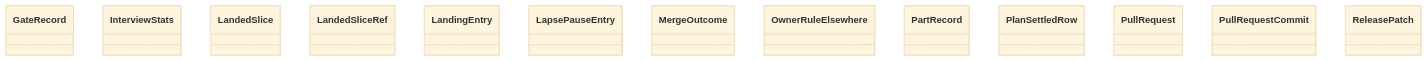
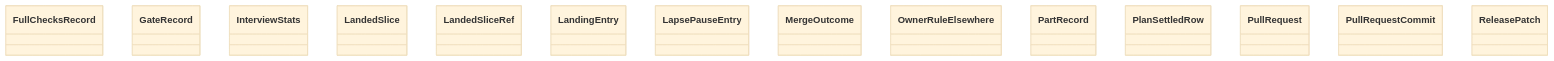
Before and after one commit to GonzaloZevallos/agentic-system: the diagram in docs/architecture/generated/classes-process-domain-state-4.md, drawn with Mermaid (base theme). The commit also changed other lines of this file and 15 other files, not shown here.

````diff
--- a/docs/architecture/generated/classes-process-domain-state-4.md
+++ b/docs/architecture/generated/classes-process-domain-state-4.md
@@ -21,16 +21,17 @@
 ```mermaid
 classDiagram
+    class task__FullChecksRecord["FullChecksRecord"]
     class task__GateRecord["GateRecord"]
     class task__InterviewStats["InterviewStats"]
     class task__LandedSlice["LandedSlice"]
     class task__LandedSliceRef["LandedSliceRef"]
     class task__LandingEntry["LandingEntry"]
     class task__LapsePauseEntry["LapsePauseEntry"]
     class task__MergeOutcome["MergeOutcome"]
     class task__OwnerRuleElsewhere["OwnerRuleElsewhere"]
     class task__PartRecord["PartRecord"]
     class task__PlanSettledRow["PlanSettledRow"]
     class task__PullRequest["PullRequest"]
     class task__PullRequestCommit["PullRequestCommit"]
     class task__ReleasePatch["ReleasePatch"]
 ```
````
